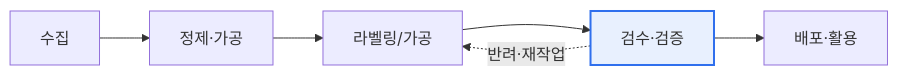
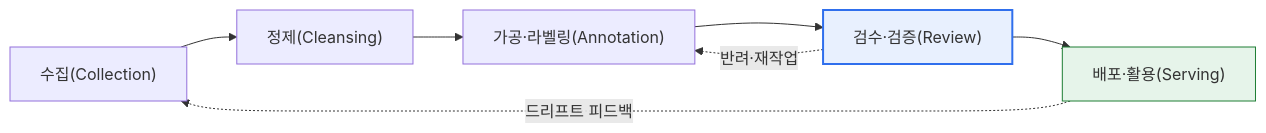
Before and after one commit to coninggu/wjdqhrhksflrltnftk: the first of 2 diagrams in content/ai-training-data-quality.md, drawn with Mermaid. The commit also changed other lines of this file and 3 other files, not shown here.

````diff
--- a/content/ai-training-data-quality.md
+++ b/content/ai-training-data-quality.md
@@ -15,6 +21,11 @@
 ```mermaid
 flowchart LR
-  A[수집] --> B[정제·가공] --> C[라벨링/가공] --> D[검수·검증] --> E[배포·활용]
-  D -. 반려·재작업 .-> C
+  A["수집(Collection)"] --> B["정제(Cleansing)"]
+  B --> C["가공·라벨링(Annotation)"]
+  C --> D["검수·검증(Review)"]
+  D --> E["배포·활용(Serving)"]
+  D -. "반려·재작업" .-> C
+  E -. "드리프트 피드백" .-> A
   style D fill:#e8f0fe,stroke:#2f6fed,stroke-width:2px
+  style E fill:#e6f4ea,stroke:#1e7e34
 ```
````
